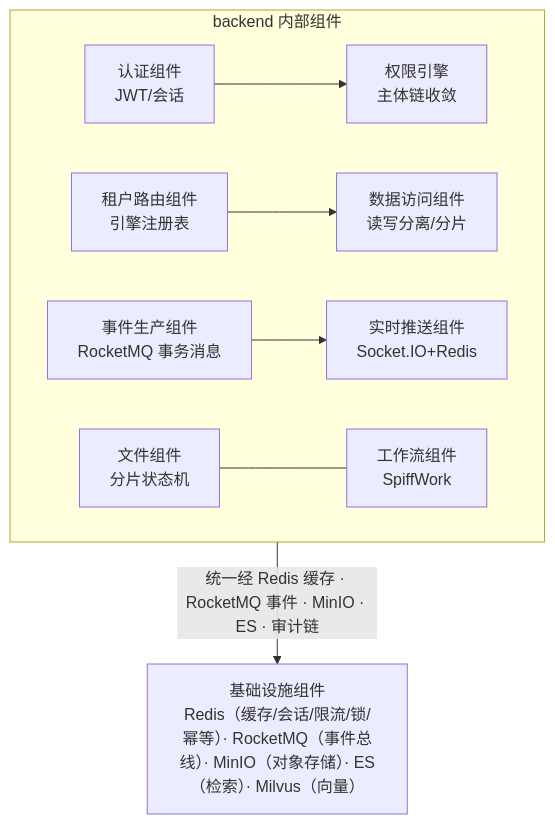
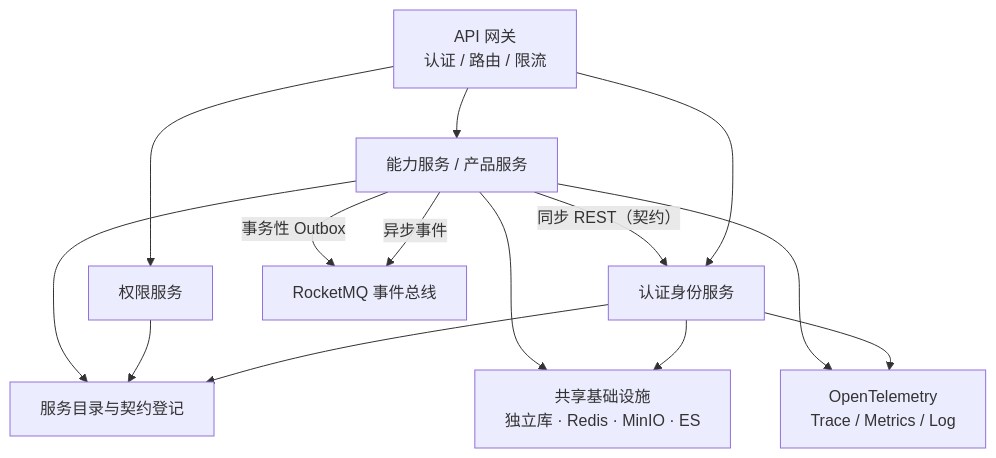
The second of 3 diagrams in bms文档/设计/架构设计/03_架构设计_总体架构.md (minjian123/basic-management-system), drawn with Mermaid before and after one commit. The commit also changed other lines of this file and 20 other files, not shown here.

````diff
--- a/bms文档/设计/架构设计/03_架构设计_总体架构.md
+++ b/bms文档/设计/架构设计/03_架构设计_总体架构.md
@@ -41,12 +47,16 @@
 ```mermaid
 flowchart TD
-    subgraph BE["backend 内部组件"]
-        A["认证组件<br/>JWT/会话"] --> B["权限引擎<br/>主体链收敛"]
-        C["租户路由组件<br/>引擎注册表"] --> D["数据访问组件<br/>读写分离/分片"]
-        E["事件生产组件<br/>RocketMQ 事务消息"] --> F["实时推送组件<br/>Socket.IO+Redis"]
-        G["文件组件<br/>分片状态机"]
-        H["工作流组件<br/>SpiffWork"]
-        G --- H
-    end
-    BE -->|"统一经 Redis 缓存 · RocketMQ 事件 · MinIO · ES · 审计链"| INF["基础设施组件<br/>Redis（缓存/会话/限流/锁/幂等）· RocketMQ（事件总线）· MinIO（对象存储）· ES（检索）· Milvus（向量）"]
+    GW["API 网关<br/>认证 / 路由 / 限流"] --> AUTH["认证身份服务"]
+    GW --> PERM["权限服务"]
+    GW --> BIZ["能力服务 / 产品服务"]
+    AUTH --> CAT["服务目录与契约登记"]
+    PERM --> CAT
+    BIZ --> CAT
+    BIZ -->|"同步 REST（契约）"| AUTH
+    BIZ -->|"异步事件"| MQ["RocketMQ 事件总线"]
+    BIZ -->|"事务性 Outbox"| MQ
+    AUTH --> INF["共享基础设施<br/>独立库 · Redis · MinIO · ES"]
+    BIZ --> INF
+    AUTH --> OBS["OpenTelemetry<br/>Trace / Metrics / Log"]
+    BIZ --> OBS
 ```
````
